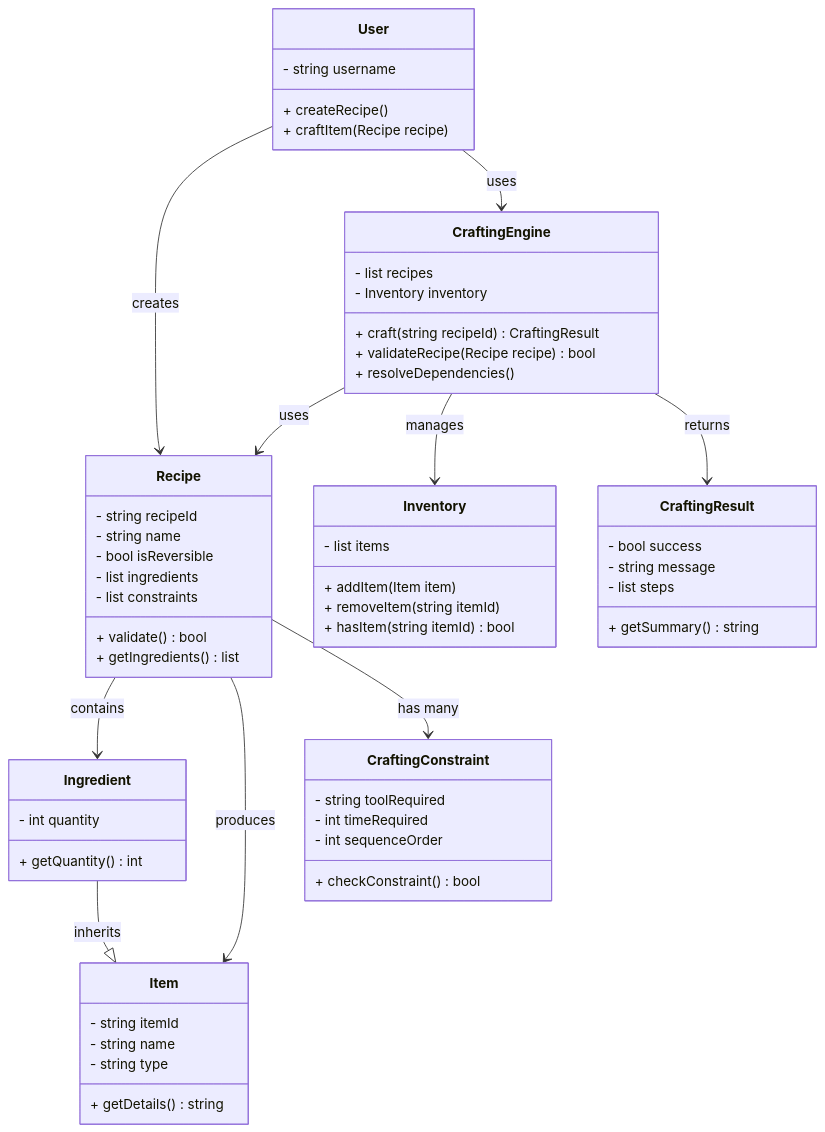
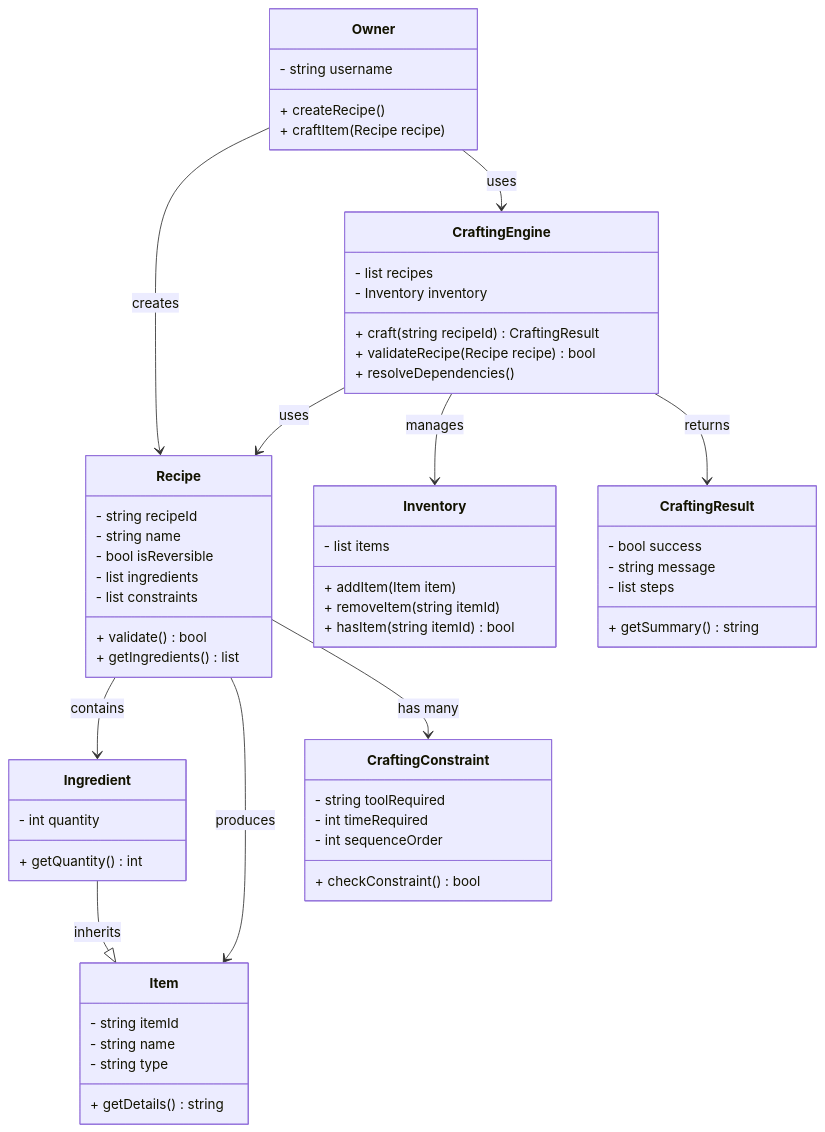
The first of 2 diagrams in README.md (maryfranzarevalo/Recipe-and-Crafting-Rule-Engine), drawn with Mermaid before and after one commit.

````diff
--- a/README.md
+++ b/README.md
@@ -2,72 +2,73 @@
 ```mermaid
 
 classDiagram
     class Item {
         - string itemId
         - string name
         - string type
         + getDetails() string
     }
 
     class Ingredient {
         - int quantity
         + getQuantity() int
     }
 
     class Recipe {
         - string recipeId
         - string name
         - bool isReversible
         - list<Ingredient> ingredients
         - list<CraftingConstraint> constraints
         + validate() bool
         + getIngredients() list<Ingredient>
     }
 
     class CraftingConstraint {
         - string toolRequired
         - int timeRequired
         - int sequenceOrder
         + checkConstraint() bool
     }
 
     class Inventory {
         - list<Item> items
         + addItem(Item item)
         + removeItem(string itemId)
         + hasItem(string itemId) bool
     }
 
     class CraftingEngine {
         - list<Recipe> recipes
         - Inventory inventory
         + craft(string recipeId) CraftingResult
         + validateRecipe(Recipe recipe) bool
         + resolveDependencies()
     }
 
     class CraftingResult {
         - bool success
         - string message
         - list<string> steps
         + getSummary() string
     }
 
-    class User {
+    class Owner {
         - string username
         + createRecipe()
         + craftItem(Recipe recipe)
     }
 
     Ingredient --|> Item : inherits
     Recipe --> Ingredient : contains
     Recipe --> Item : produces
     Recipe --> CraftingConstraint : has many
     CraftingEngine --> Recipe : uses
     CraftingEngine --> Inventory : manages
     CraftingEngine --> CraftingResult : returns
-    User --> Recipe : creates
-    User --> CraftingEngine : uses
+    Owner --> Recipe : creates
+    Owner --> CraftingEngine : uses
+
 
 
 ```
````
